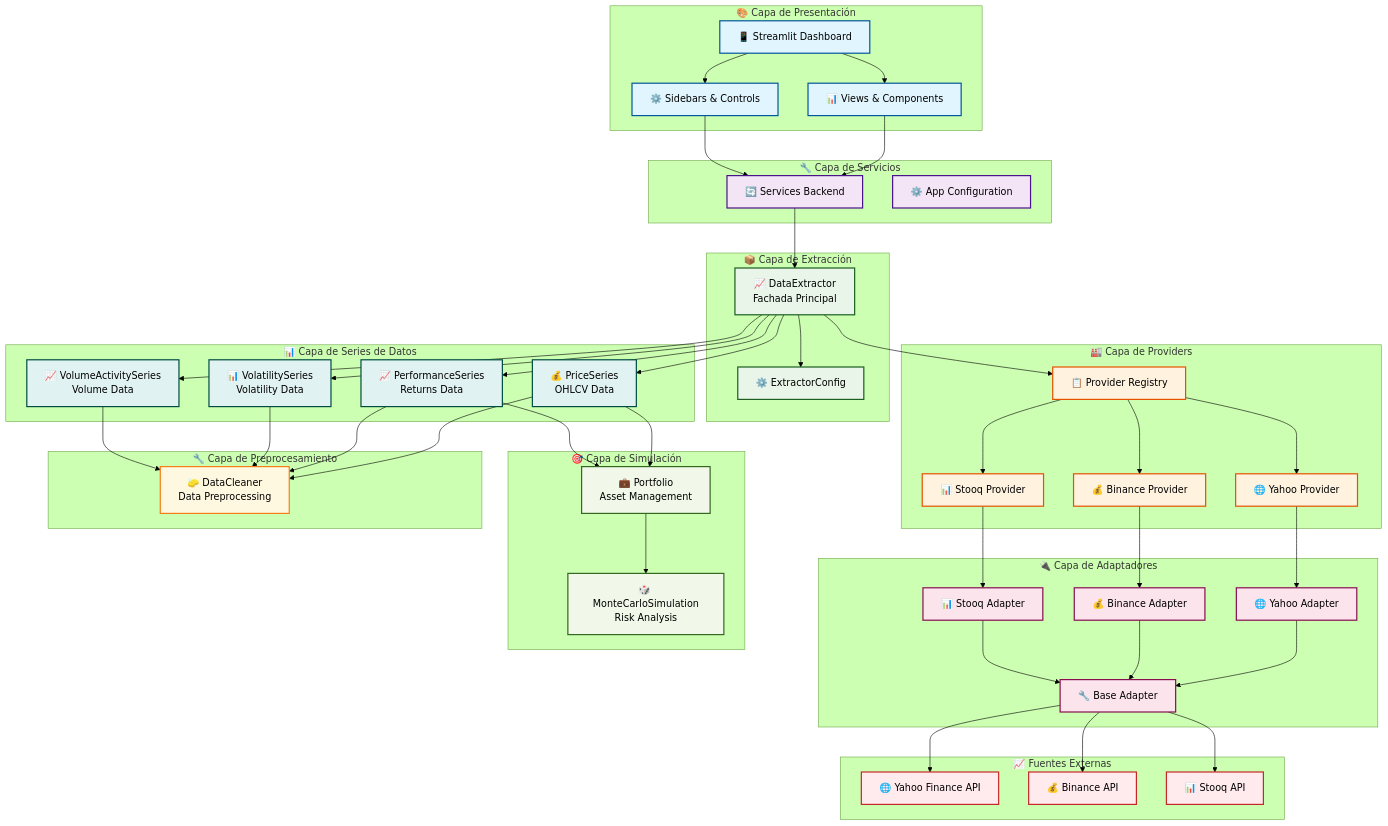
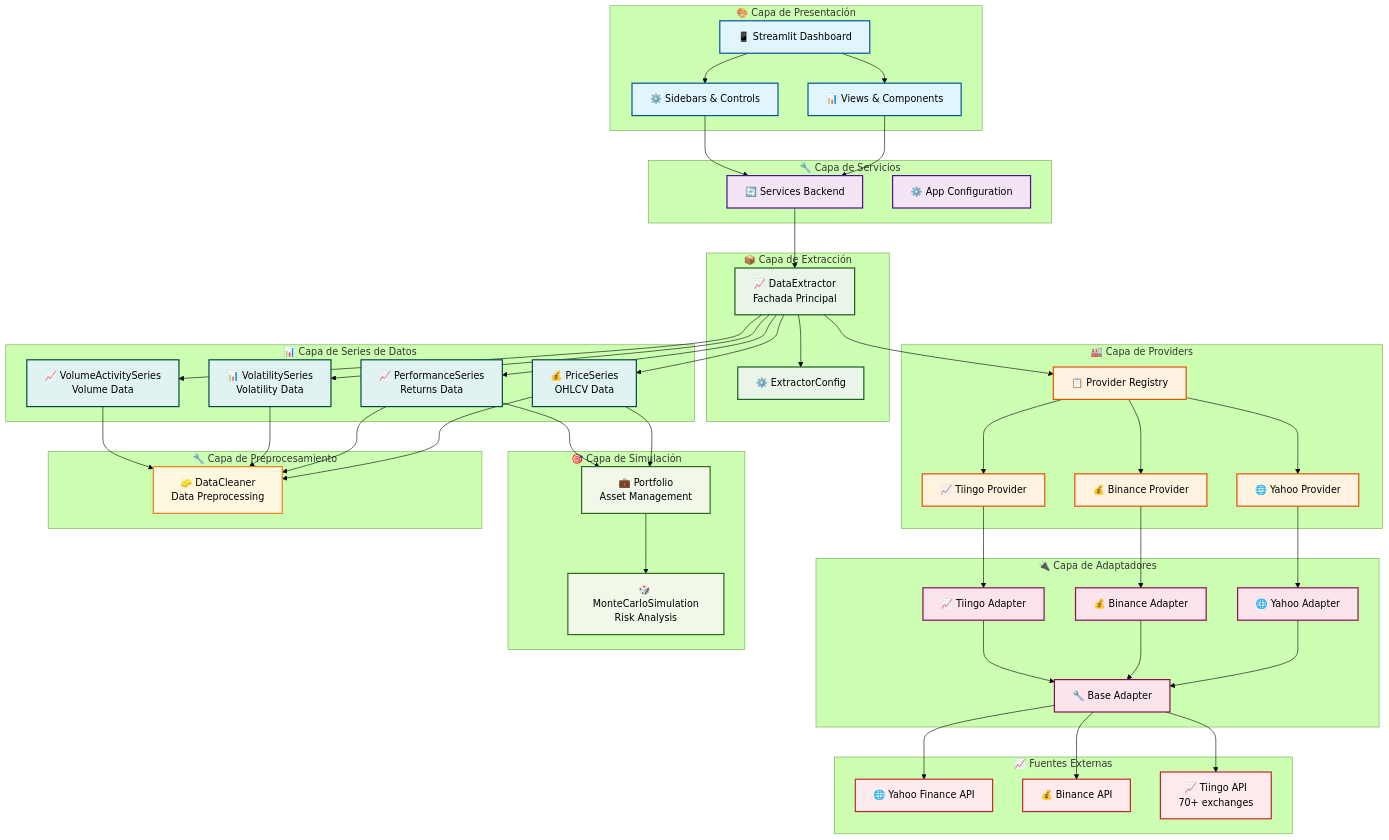
The first of 3 diagrams in ARCHITECTURE.md (AlejandroGCN/analizador-bursatil), drawn with Mermaid (forest theme) before and after one commit. The commit also changed other lines of this file and 36 other files, not shown here.

First line of the commit message:
feat: Add Tiingo data source with secure API key management

````diff
--- a/ARCHITECTURE.md
+++ b/ARCHITECTURE.md
@@ -24,14 +24,14 @@
         Registry[📋 Provider Registry]
         YahooP[🌐 Yahoo Provider]
         BinanceP[💰 Binance Provider]
-        StooqP[📊 Stooq Provider]
+        TiingoP[📈 Tiingo Provider]
     end
     
     subgraph "🔌 Capa de Adaptadores"
         BaseAdapter[🔧 Base Adapter]
         YahooA[🌐 Yahoo Adapter]
         BinanceA[💰 Binance Adapter]
-        StooqA[📊 Stooq Adapter]
+        TiingoA[📈 Tiingo Adapter]
     end
     
     subgraph "📊 Capa de Series de Datos"
@@ -53,7 +53,7 @@
     subgraph "📈 Fuentes Externas"
         YahooAPI[🌐 Yahoo Finance API]
         BinanceAPI[💰 Binance API]
-        StooqAPI[📊 Stooq API]
+        TiingoAPI[📈 Tiingo API<br/>70+ exchanges]
     end
     
     %% Conexiones principales
@@ -67,19 +67,19 @@
     
     Registry --> YahooP
     Registry --> BinanceP
-    Registry --> StooqP
+    Registry --> TiingoP
     
     YahooP --> YahooA
     BinanceP --> BinanceA
-    StooqP --> StooqA
+    TiingoP --> TiingoA
     
     YahooA --> BaseAdapter
     BinanceA --> BaseAdapter
-    StooqA --> BaseAdapter
+    TiingoA --> BaseAdapter
     
     BaseAdapter --> YahooAPI
     BaseAdapter --> BinanceAPI
-    BaseAdapter --> StooqAPI
+    BaseAdapter --> TiingoAPI
     
     %% Flujo de datos
     Extractor --> PriceSeries
@@ -110,10 +110,10 @@
     class UI,Views,Sidebars uiLayer
     class Backend,Config serviceLayer
     class Extractor,ConfigExt dataLayer
-    class Registry,YahooP,BinanceP,StooqP providerLayer
-    class BaseAdapter,YahooA,BinanceA,StooqA adapterLayer
+    class Registry,YahooP,BinanceP,TiingoP providerLayer
+    class BaseAdapter,YahooA,BinanceA,TiingoA adapterLayer
     class PriceSeries,PerfSeries,VolSeries,VolActSeries seriesLayer
     class Portfolio,MonteCarlo simulationLayer
     class Cleaner preprocessingLayer
-    class YahooAPI,BinanceAPI,StooqAPI externalLayer
+    class YahooAPI,BinanceAPI,TiingoAPI externalLayer
 ```
````
